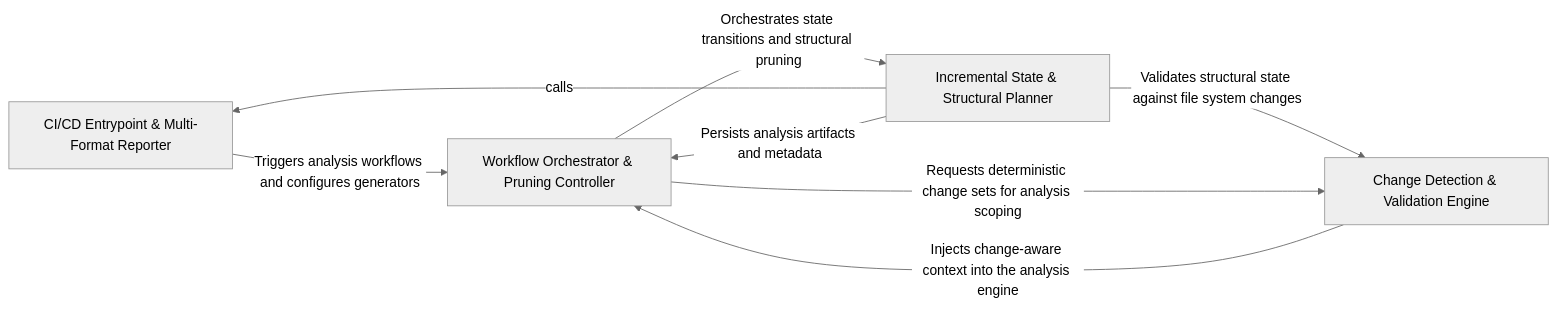
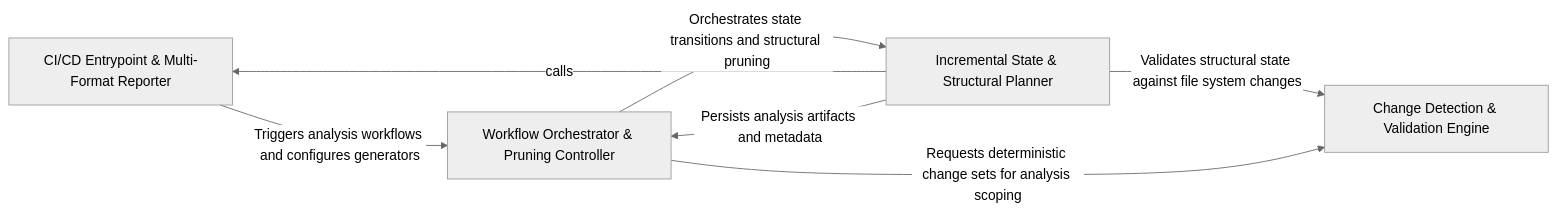
One commit to CodeBoarding/CodeBoarding changed the diagram in .codeboarding/Workflow_Execution_Reporting.md. Above: the diagram before and after it, drawn with Mermaid (neutral theme). The commit also changed other lines of this file and 22 other files, not shown here.

Commit message:
chore(codeboarding): sync architecture baseline

````diff
--- a/.codeboarding/Workflow_Execution_Reporting.md
+++ b/.codeboarding/Workflow_Execution_Reporting.md
@@ -1,17 +1,16 @@
 ```mermaid
 graph LR
     CI_CD_Entrypoint_Multi_Format_Reporter["CI/CD Entrypoint & Multi-Format Reporter"]
     Incremental_State_Structural_Planner["Incremental State & Structural Planner"]
     Change_Detection_Validation_Engine["Change Detection & Validation Engine"]
     Workflow_Orchestrator_Pruning_Controller["Workflow Orchestrator & Pruning Controller"]
     CI_CD_Entrypoint_Multi_Format_Reporter -- "Triggers analysis workflows and configures generators" --> Workflow_Orchestrator_Pruning_Controller
     Incremental_State_Structural_Planner -- "calls" --> CI_CD_Entrypoint_Multi_Format_Reporter
     Incremental_State_Structural_Planner -- "Validates structural state against file system changes" --> Change_Detection_Validation_Engine
     Incremental_State_Structural_Planner -- "Persists analysis artifacts and metadata" --> Workflow_Orchestrator_Pruning_Controller
-    Change_Detection_Validation_Engine -- "Injects change-aware context into the analysis engine" --> Workflow_Orchestrator_Pruning_Controller
     Workflow_Orchestrator_Pruning_Controller -- "Orchestrates state transitions and structural pruning" --> Incremental_State_Structural_Planner
     Workflow_Orchestrator_Pruning_Controller -- "Requests deterministic change sets for analysis scoping" --> Change_Detection_Validation_Engine
     click CI_CD_Entrypoint_Multi_Format_Reporter href "https://github.com/CodeBoarding/CodeBoarding/blob/main/.codeboarding/CI_CD_Entrypoint_Multi_Format_Reporter.md" "Details"
     click Incremental_State_Structural_Planner href "https://github.com/CodeBoarding/CodeBoarding/blob/main/.codeboarding/Incremental_State_Structural_Planner.md" "Details"
     click Change_Detection_Validation_Engine href "https://github.com/CodeBoarding/CodeBoarding/blob/main/.codeboarding/Change_Detection_Validation_Engine.md" "Details"
 ```
````
